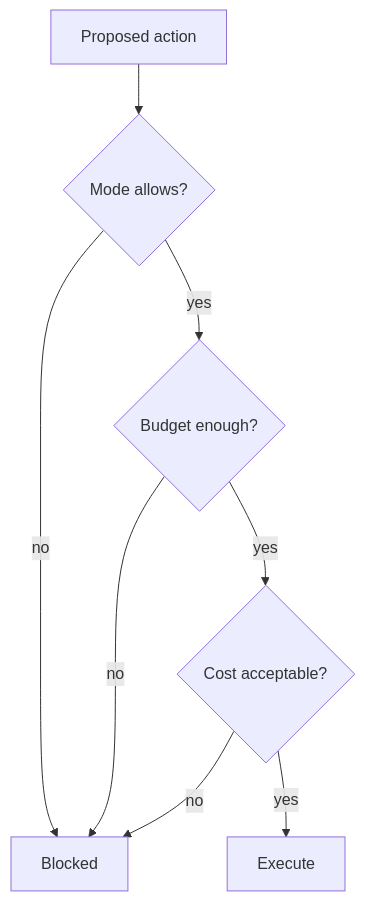
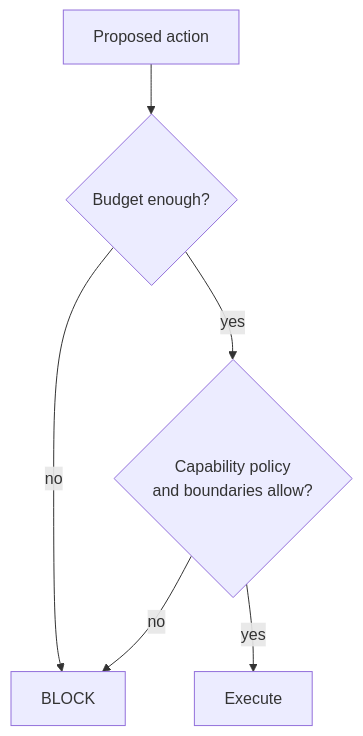
Before and after one commit to Velfi/AffectiveCore: the seventh of 7 diagrams in docs/05-when-it-acts-alone.md, drawn with Mermaid. The commit also changed other lines of this file and 147 other files, not shown here.

````diff
--- a/docs/05-when-it-acts-alone.md
+++ b/docs/05-when-it-acts-alone.md
@@ -203,11 +233,9 @@
 ```mermaid
 flowchart TB
     PROP[Proposed action]
-    PROP --> M{Mode allows?}
-    M -->|no| BLOCK[Blocked]
-    M -->|yes| B{Budget enough?}
+    PROP --> B{Budget enough?}
     B -->|no| BLOCK
-    B -->|yes| C{Cost acceptable?}
-    C -->|no| BLOCK
-    C -->|yes| GO[Execute]
+    B -->|yes| P{Capability policy<br/>and boundaries allow?}
+    P -->|no| BLOCK
+    P -->|yes| GO[Execute]
 ```
````
